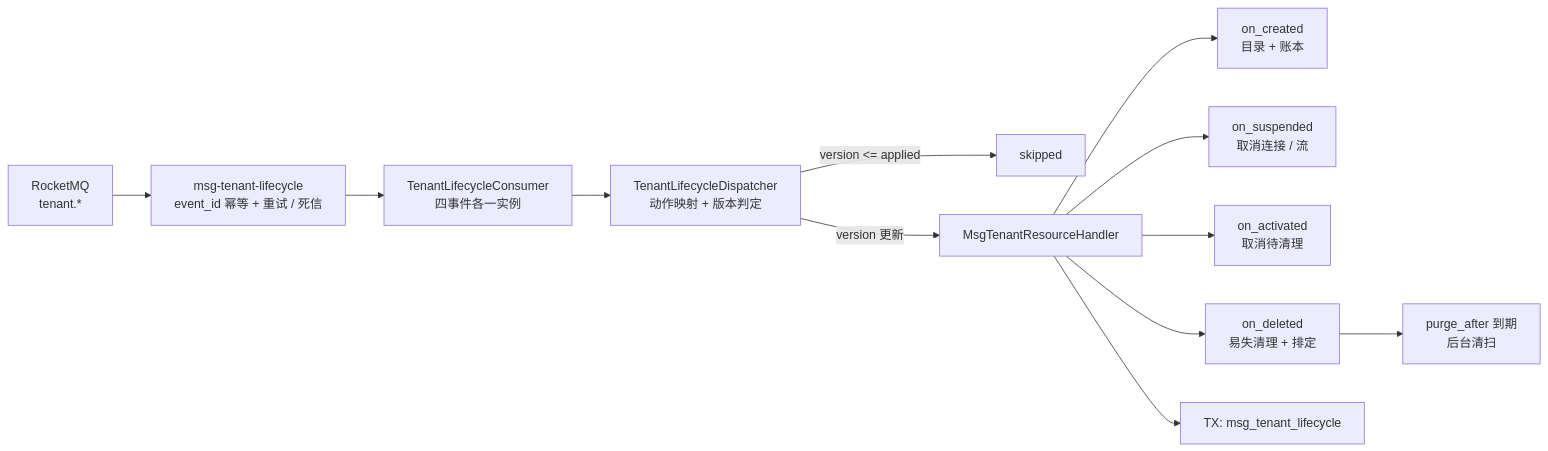
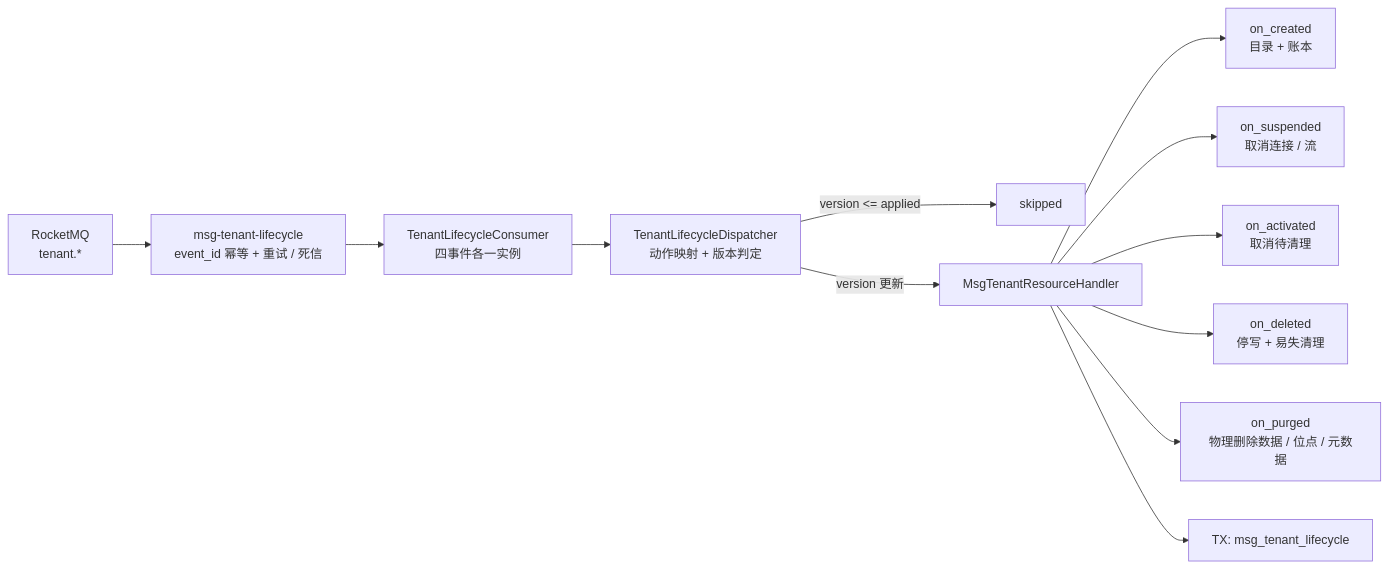
The first of 2 diagrams in msg文档/项目/08B_消息平台/任务/05_多租户与安全/05_多租户与安全_05_租户生命周期资源清理/设计/01_详细设计_05_多租户与安全_05_租户生命周期资源清理.md (minjian123/message-platform), drawn with Mermaid before and after one commit. The commit also changed other lines of this file and 3 other files, not shown here.

````diff
--- a/msg文档/项目/08B_消息平台/任务/05_多租户与安全/05_多租户与安全_05_租户生命周期资源清理/设计/01_详细设计_05_多租户与安全_05_租户生命周期资源清理.md
+++ b/msg文档/项目/08B_消息平台/任务/05_多租户与安全/05_多租户与安全_05_租户生命周期资源清理/设计/01_详细设计_05_多租户与安全_05_租户生命周期资源清理.md
@@ -142,14 +144,14 @@
 ```mermaid
 flowchart LR
     MQ["RocketMQ<br/>tenant.*"] --> G["msg-tenant-lifecycle<br/>event_id 幂等 + 重试 / 死信"]
     G --> C["TenantLifecycleConsumer<br/>四事件各一实例"]
     C --> D["TenantLifecycleDispatcher<br/>动作映射 + 版本判定"]
     D -->|"version <= applied"| S["skipped"]
     D -->|"version 更新"| H["MsgTenantResourceHandler"]
     H --> A1["on_created<br/>目录 + 账本"]
     H --> A2["on_suspended<br/>取消连接 / 流"]
     H --> A3["on_activated<br/>取消待清理"]
-    H --> A4["on_deleted<br/>易失清理 + 排定"]
+    H --> A4["on_deleted<br/>停写 + 易失清理"]
+    H --> A5["on_purged<br/>物理删除数据 / 位点 / 元数据"]
     H --> L["TX: msg_tenant_lifecycle"]
-    A4 --> P["purge_after 到期<br/>后台清扫"]
 ```
````
